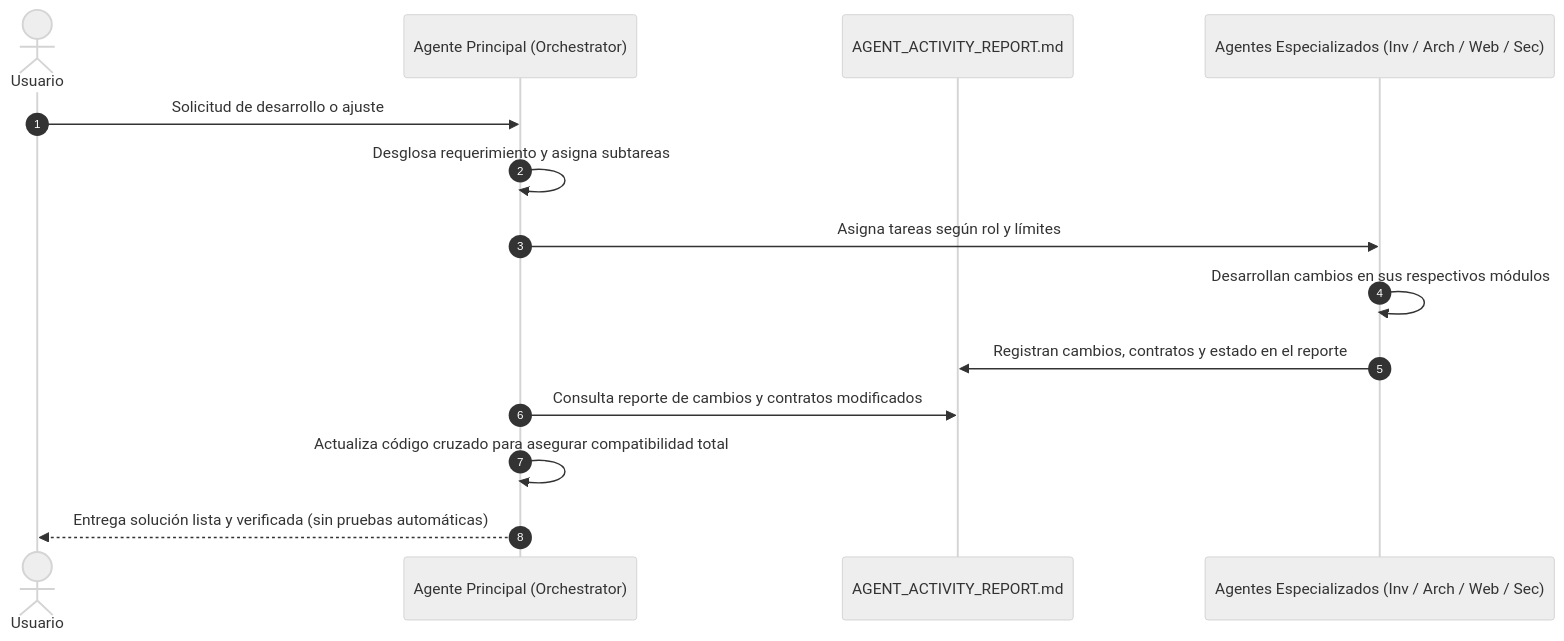
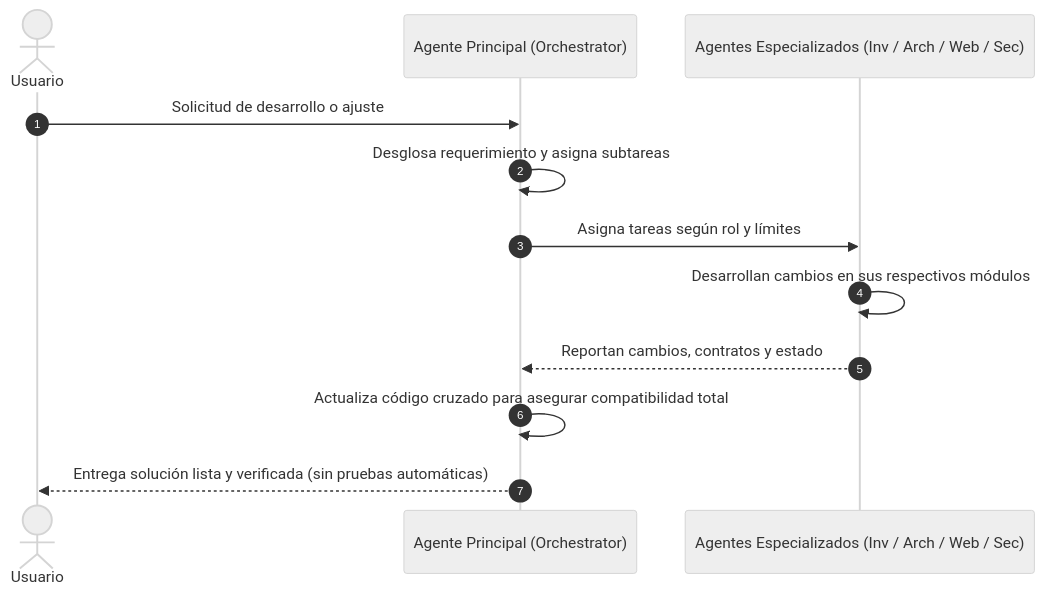
The diagram in AGENTS.md (cyber89/meshcore-bridge-client), drawn with Mermaid (neutral theme) before and after one commit. The commit also changed other lines of this file and 110 other files, not shown here.

````diff
--- a/AGENTS.md
+++ b/AGENTS.md
@@ -153,19 +153,17 @@
 ```mermaid
 sequenceDiagram
     autonumber
     actor Usuario
     participant Principal as Agente Principal (Orchestrator)
-    participant Ledger as AGENT_ACTIVITY_REPORT.md
     participant Subagentes as Agentes Especializados (Inv / Arch / Web / Sec)
 
     Usuario->>Principal: Solicitud de desarrollo o ajuste
     Principal->>Principal: Desglosa requerimiento y asigna subtareas
     Principal->>Subagentes: Asigna tareas según rol y límites
     
     Subagentes->>Subagentes: Desarrollan cambios en sus respectivos módulos
-    Subagentes->>Ledger: Registran cambios, contratos y estado en el reporte
+    Subagentes-->>Principal: Reportan cambios, contratos y estado
     
-    Principal->>Ledger: Consulta reporte de cambios y contratos modificados
     Principal->>Principal: Actualiza código cruzado para asegurar compatibilidad total
     Principal-->>Usuario: Entrega solución lista y verificada (sin pruebas automáticas)
 ```
````
